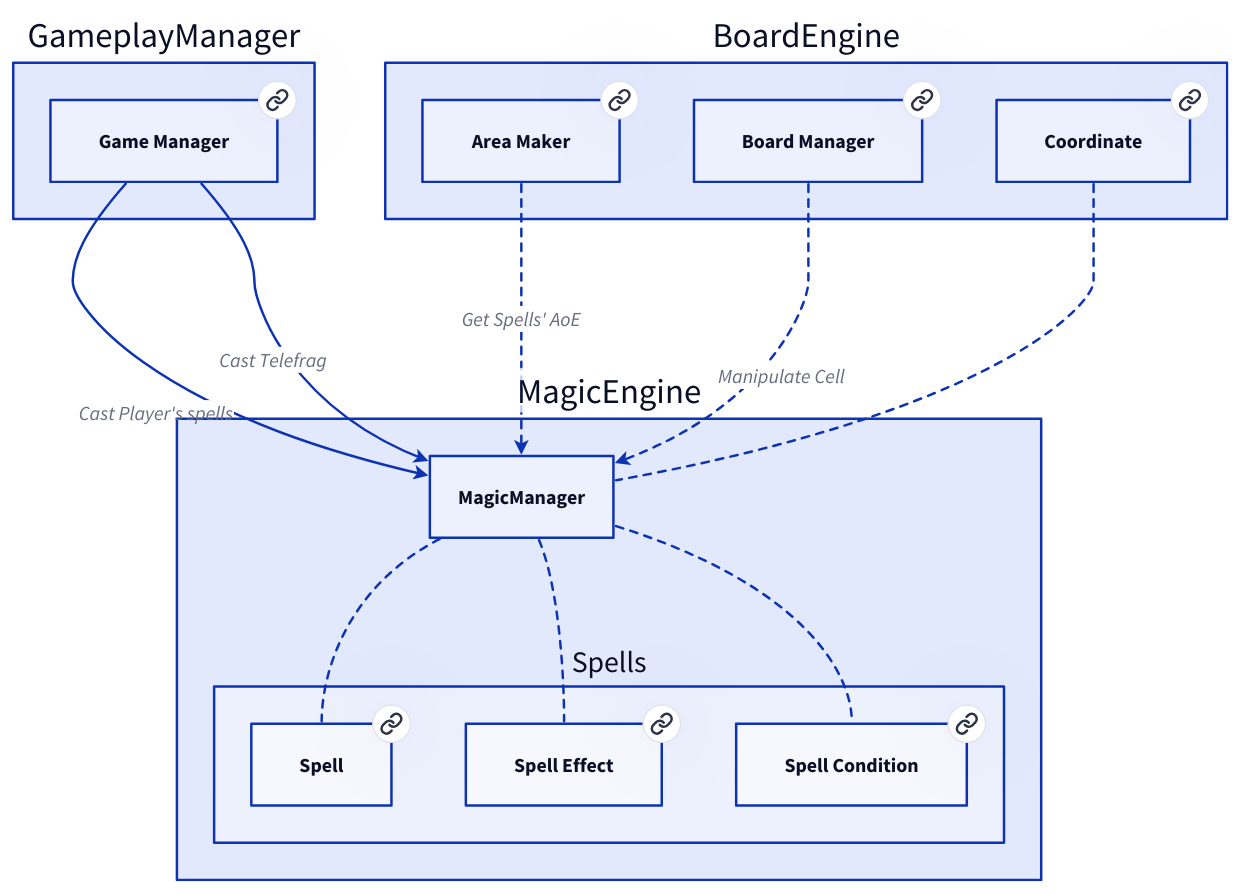
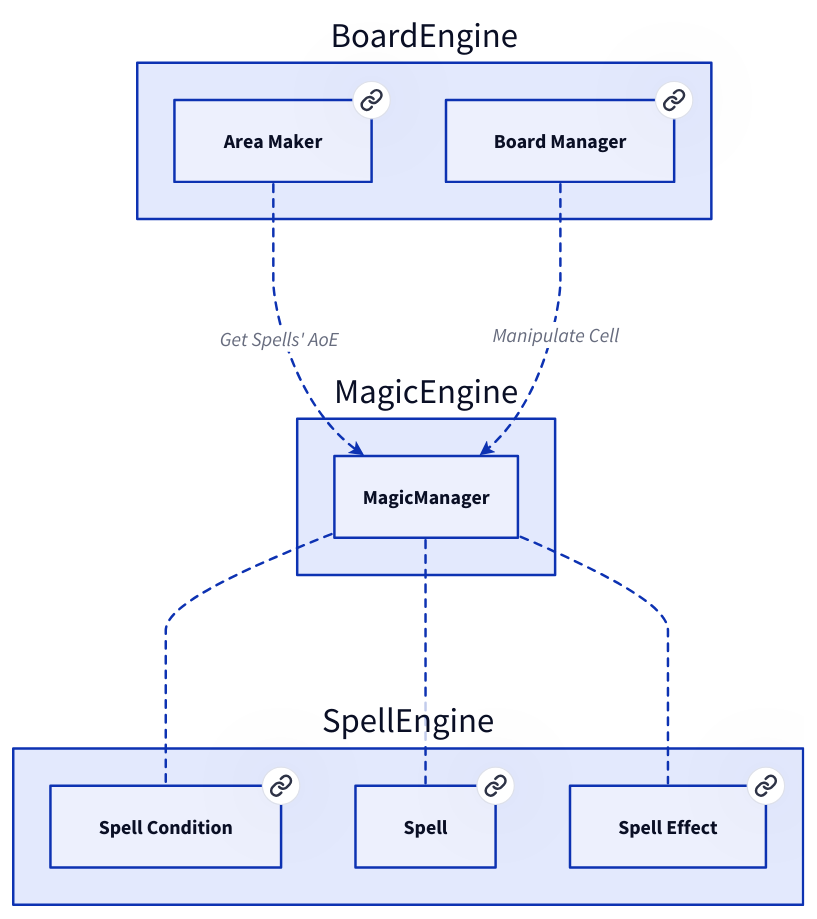
One commit to Portevent/Brume-Documentation changed the diagram in doc/MagicEngine/MagicManager.md. Above: the diagram before and after it, drawn with D2. The commit also changed other lines of this file and 226 other files, not shown here.

````diff
--- a/doc/MagicEngine/MagicManager.md
+++ b/doc/MagicEngine/MagicManager.md
@@ -10,55 +10,36 @@
 ```d2
 # Nodes :
-GameplayManager: {
-    GameManager: Game Manager {
-       link: GameManager
+BoardEngine: {
+    BoardManager: Board Manager {
+       link: BoardManager
     }
-}
-BoardEngine: {
     AreaMaker: Area Maker {
        link: AreaMaker
     }
-    BoardManager: Board Manager {
-       link: BoardManager
+}
+SpellEngine: {
+    SpellCondition: Spell Condition {
+       link: SpellCondition
     }
-    Coordinate: Coordinate {
-       link: Coordinate
+    Spell: Spell {
+       link: Spell
     }
-}
-MagicEngine: {
-    Spells: {
-        SpellCondition: Spell Condition {
-           link: SpellCondition
-        }
-        Spell: Spell {
-           link: Spell
-        }
-        SpellEffect: Spell Effect {
-           link: SpellEffect
-        }
+    SpellEffect: Spell Effect {
+       link: SpellEffect
     }
 }
 
 # Links :
-BoardEngine.Coordinate -- MagicEngine.MagicManager: {style.stroke-dash: 3}
-MagicEngine.MagicManager -- MagicEngine.Spells.Spell: {style.stroke-dash: 3}
-MagicEngine.MagicManager -- MagicEngine.Spells.SpellEffect: {style.stroke-dash: 3}
-MagicEngine.MagicManager -- MagicEngine.Spells.SpellCondition: {style.stroke-dash: 3}
-GameplayManager.GameManager -> MagicEngine.MagicManager: Cast Player's spells {
-source-arrowhead: {}
-target-arrowhead: {shape: arrow}
-}
-GameplayManager.GameManager -> MagicEngine.MagicManager: Cast Telefrag {
-source-arrowhead: {}
-target-arrowhead: {shape: arrow}
-}
+MagicEngine.MagicManager -- SpellEngine.Spell: {style.stroke-dash: 3}
+MagicEngine.MagicManager -- SpellEngine.SpellEffect: {style.stroke-dash: 3}
+MagicEngine.MagicManager -- SpellEngine.SpellCondition: {style.stroke-dash: 3}
 BoardEngine.AreaMaker -> MagicEngine.MagicManager: Get Spells' AoE {style.stroke-dash: 3
 source-arrowhead: {}
 target-arrowhead: {shape: arrow}
 }
 BoardEngine.BoardManager -> MagicEngine.MagicManager: Manipulate Cell {style.stroke-dash: 3
 source-arrowhead: {}
 target-arrowhead: {shape: arrow}
 }
 
 ```
````
